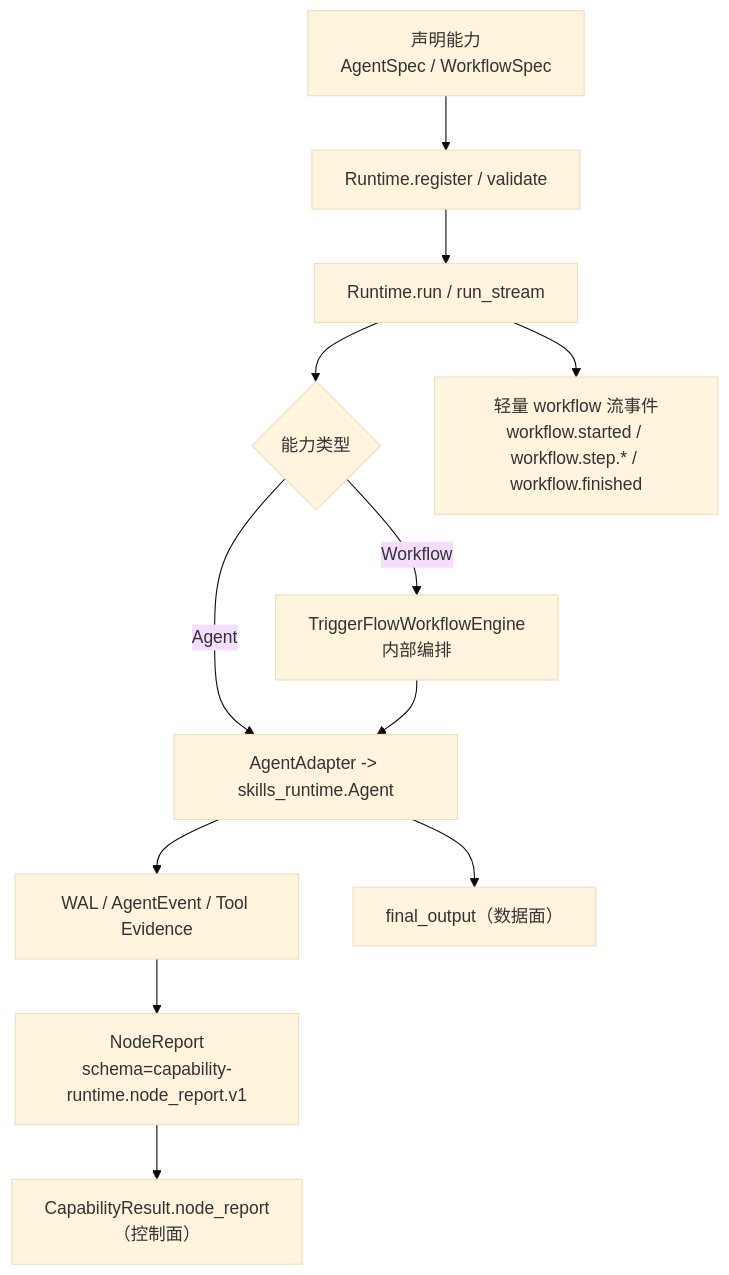
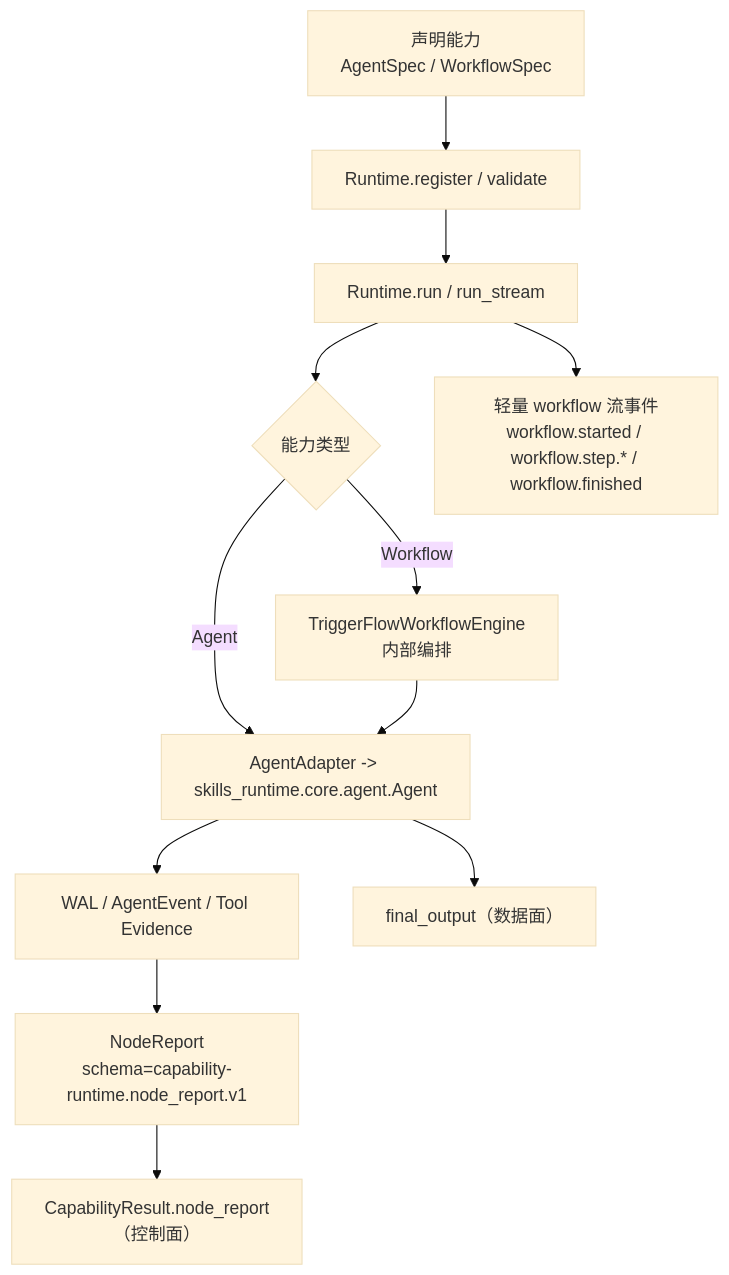
The first of 2 diagrams in README.md (okwinds/capability-runtime), drawn with Mermaid (base theme) before and after one commit. The commit also changed other lines of this file and 15 other files, not shown here.

````diff
--- a/README.md
+++ b/README.md
@@ -48,14 +48,14 @@
 ```mermaid
 flowchart TD
   A[声明能力<br/>AgentSpec / WorkflowSpec] --> B[Runtime.register / validate]
   B --> C[Runtime.run / run_stream]
   C --> D{能力类型}
-  D -->|Agent| E[AgentAdapter -> skills_runtime.Agent]
+  D -->|Agent| E[AgentAdapter -> skills_runtime.core.agent.Agent]
   D -->|Workflow| F[TriggerFlowWorkflowEngine<br/>内部编排]
   F --> E
   E --> G[WAL / AgentEvent / Tool Evidence]
   G --> H[NodeReport<br/>schema=capability-runtime.node_report.v1]
   C --> I[轻量 workflow 流事件<br/>workflow.started / workflow.step.* / workflow.finished]
   H --> J[CapabilityResult.node_report（控制面）]
   E --> K[final_output（数据面）]
 ```
````
